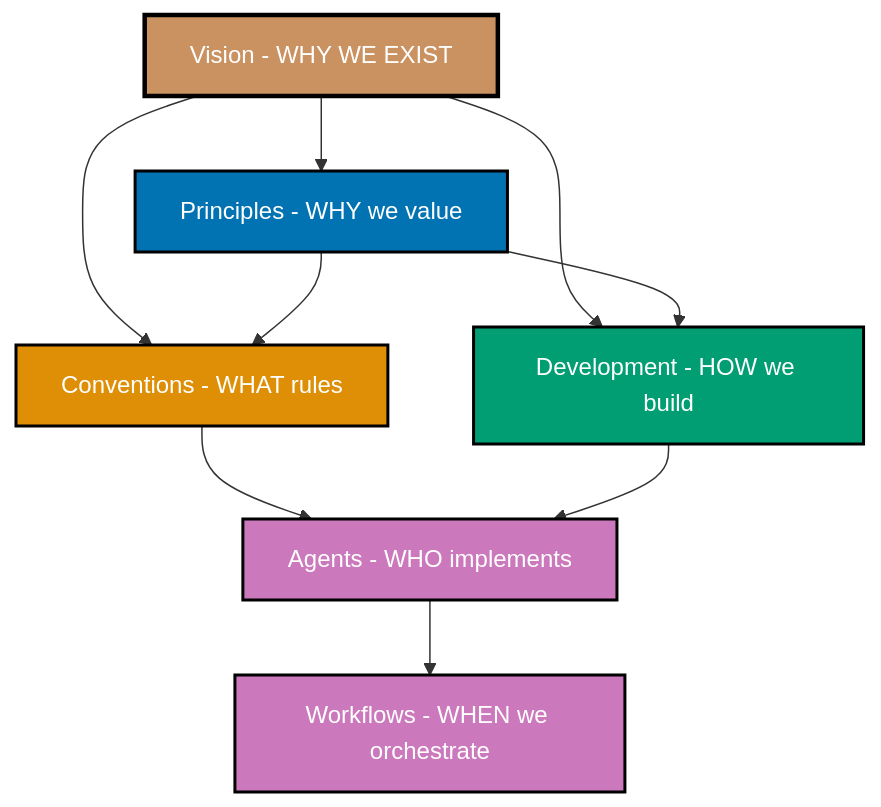
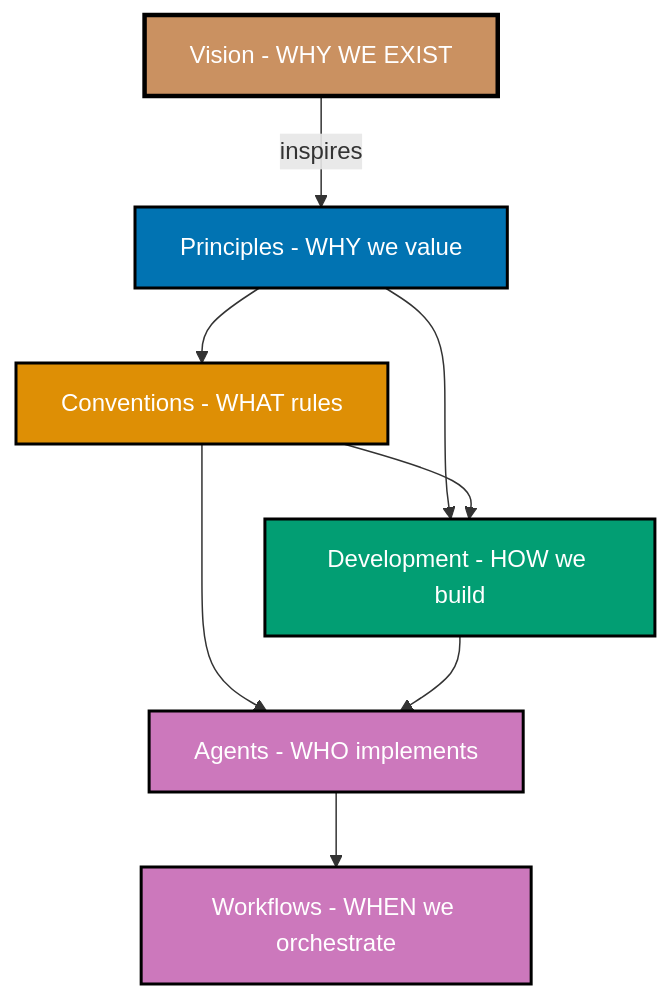
The diagram in governance/vision/README.md (wahidyankf/open-sharia-enterprise), drawn with Mermaid before and after one commit. The commit also changed other lines of this file and 8 other files, not shown here.

````diff
--- a/governance/vision/README.md
+++ b/governance/vision/README.md
@@ -24,27 +24,26 @@
 ```mermaid
 %% Color Palette: Blue #0173B2, Orange #DE8F05, Teal #029E73, Purple #CC78BC, Brown #CA9161
 %% All colors are color-blind friendly and meet WCAG AA contrast standards
 graph TD
     A[Vision - WHY WE EXIST]
     B[Principles - WHY we value]
     C[Conventions - WHAT rules]
     D[Development - HOW we build]
     E[Agents - WHO implements]
     F[Workflows - WHEN we orchestrate]
 
-    A --> B
-    A --> C
-    A --> D
+    A -->|inspires| B
     B --> C
     B --> D
+    C --> D
     C --> E
     D --> E
     E --> F
 
     style A fill:#CA9161,stroke:#000000,color:#FFFFFF,stroke-width:3px
     style B fill:#0173B2,stroke:#000000,color:#FFFFFF,stroke-width:2px
     style C fill:#DE8F05,stroke:#000000,color:#FFFFFF,stroke-width:2px
     style D fill:#029E73,stroke:#000000,color:#FFFFFF,stroke-width:2px
     style E fill:#CC78BC,stroke:#000000,color:#FFFFFF,stroke-width:2px
     style F fill:#CC78BC,stroke:#000000,color:#FFFFFF,stroke-width:2px
 ```
````
